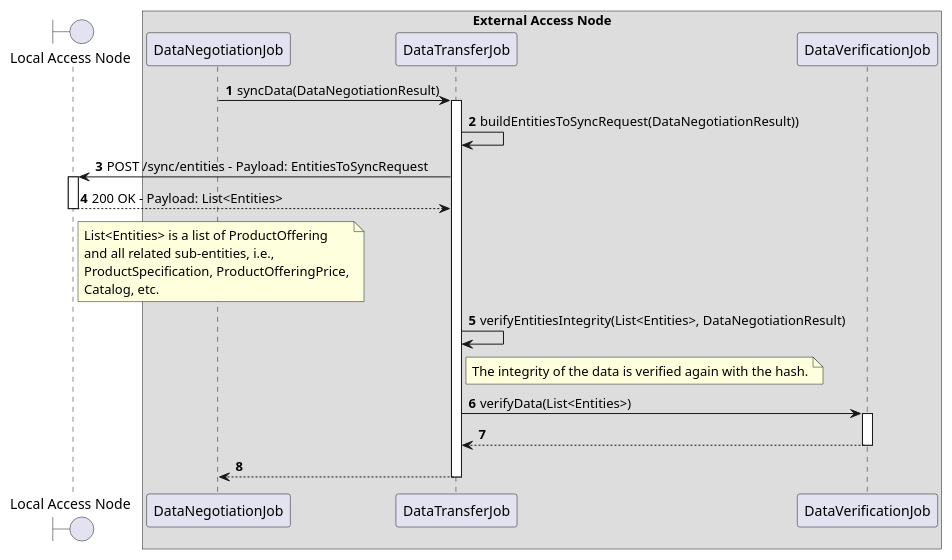
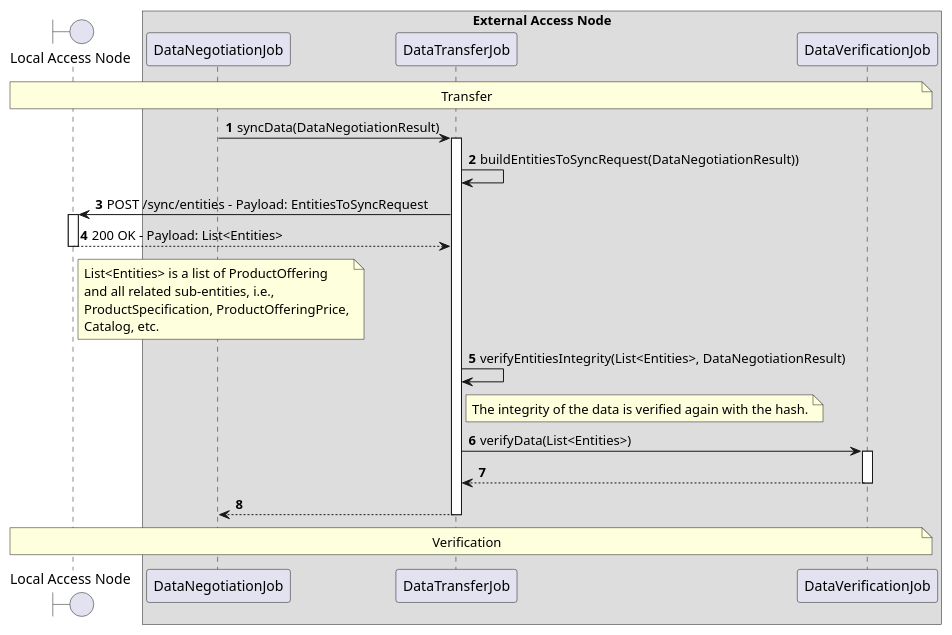
The diagram in desmos-tech-doc/diagrams/use-case-data-synchronization-4-external_transfer.puml (in2workspace/in2-guides), drawn with PlantUML before and after one commit. The commit also changed 7 other files, not shown here.

```diff
--- a/desmos-tech-doc/diagrams/use-case-data-synchronization-4-external_transfer.puml
+++ b/desmos-tech-doc/diagrams/use-case-data-synchronization-4-external_transfer.puml
@@ -1,41 +1,49 @@
 @startuml
 'https://plantuml.com/sequence-diagram
 
 '---------- Config ----------------
 
 autonumber
 
 '---------- Header ----------------
 
 boundary "Local Access Node" as lan
 
 box "External Access Node"
   participant "DataNegotiationJob" as dnj
   participant "DataTransferJob" as dtj
   participant "DataVerificationJob" as dvj
 end box
 
 '---------- Diagram ----------------
+
+note over lan, dvj
+    Transfer
+end note
 
 dnj -> dtj++: syncData(DataNegotiationResult)
     dtj -> dtj: buildEntitiesToSyncRequest(DataNegotiationResult))
     dtj -> lan++: POST /sync/entities - Payload: EntitiesToSyncRequest
     return 200 OK - Payload: List<Entities>
     note right of lan
         List<Entities> is a list of ProductOffering
         and all related sub-entities, i.e.,
         ProductSpecification, ProductOfferingPrice,
         Catalog, etc.
     end note
 
     dtj -> dtj: verifyEntitiesIntegrity(List<Entities>, DataNegotiationResult)
     note right of dtj
         The integrity of the data is verified again with the hash.
     end note
 
     dtj -> dvj++: verifyData(List<Entities>)
     return
 
 return
 
+note over lan, dvj
+    Verification
+end note
+
 @enduml
```
